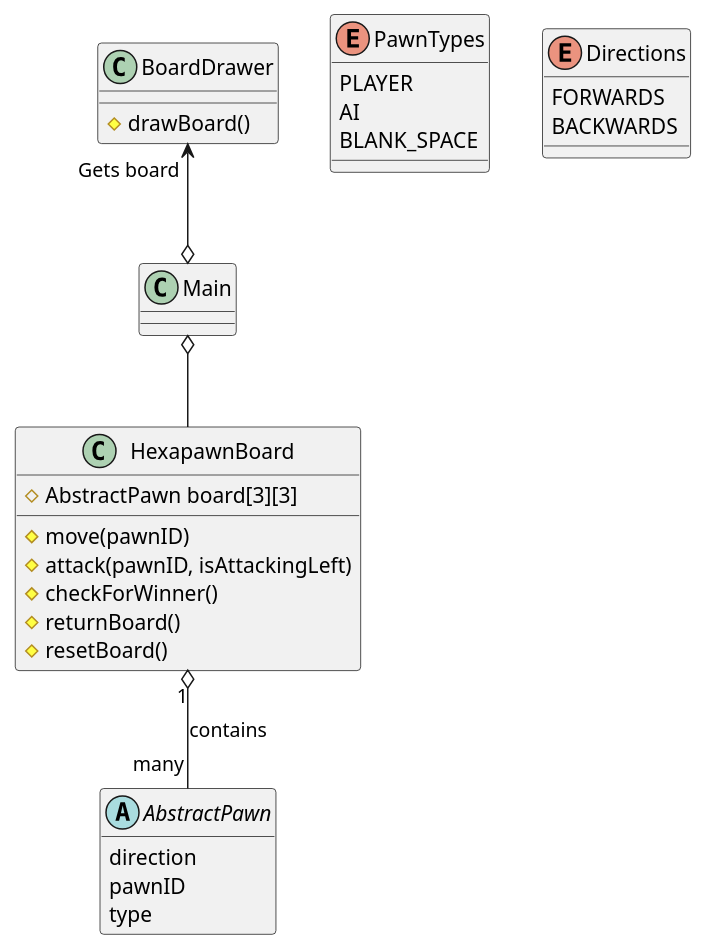
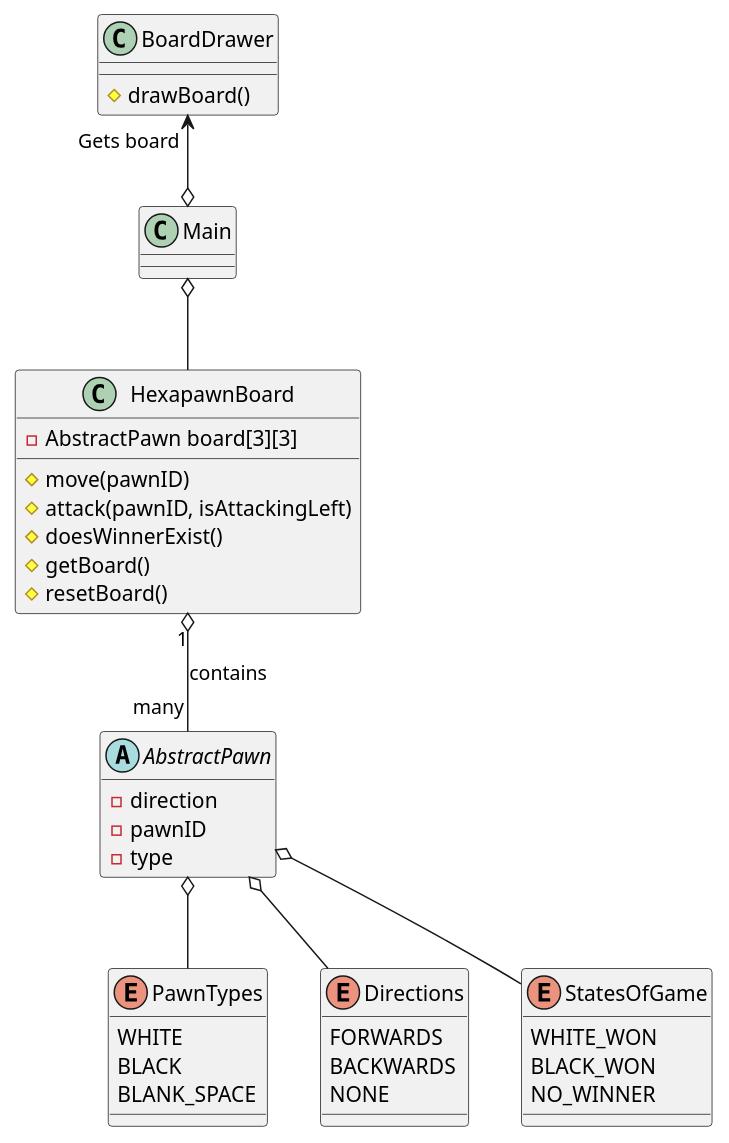
The diagram in src/HexapawnClassDiagram.puml (builderJP/hexapawn), drawn with PlantUML before and after one commit. The commit also changed 6 other files, not shown here.

Commit message:
Refactor: Added/changed Enums to facilitate easier interpretation of game board & pawns

```diff
--- a/src/HexapawnClassDiagram.puml
+++ b/src/HexapawnClassDiagram.puml
@@ -1,63 +1,73 @@
 @startuml
 'https://plantuml.com/class-diagram
 
 
 abstract class AbstractPawn{
-    direction
-    {field} pawnID
-    type
+    - direction
+    - {field} pawnID
+    - type
     attack(isAttackingLeft)
     move()
 }
 
 class PlayerPawn{
     direction = up
     # pawnID = 1, 2, or 3
     type = PLAYER
 }
 
 class AIPawn{
     direction = down
     # pawnID = -1, -2, or -3
     type = AI
 }
 
 class HexapawnBoard{
-    # AbstractPawn board[3][3]
+    - AbstractPawn board[3][3]
     # move(pawnID)
     # attack(pawnID, isAttackingLeft)
-    # checkForWinner()
-    # returnBoard()
+    # doesWinnerExist()
+    # getBoard()
     # resetBoard()
 }
 
 class BoardDrawer{
     # drawBoard()
 }
 
 class Main{
 
 }
 
 enum PawnTypes{
-    PLAYER
-    AI
+    WHITE
+    BLACK
     BLANK_SPACE
 }
 
 enum Directions{
     FORWARDS
     BACKWARDS
+    NONE
 }
 
+enum StatesOfGame{
+    WHITE_WON
+    BLACK_WON
+    NO_WINNER
+}
+
+AbstractPawn o-- PawnTypes
+AbstractPawn o-- Directions
+AbstractPawn o-- StatesOfGame
 BoardDrawer "Gets board" <--o Main
 Main o-- HexapawnBoard
 HexapawnBoard "1" o-- "many" AbstractPawn : contains
 AbstractPawn <|-- PlayerPawn
 AbstractPawn <|-- AIPawn
 
 hide PlayerPawn
 hide AIPawn
 hide AbstractPawn methods
 
 @enduml
```
